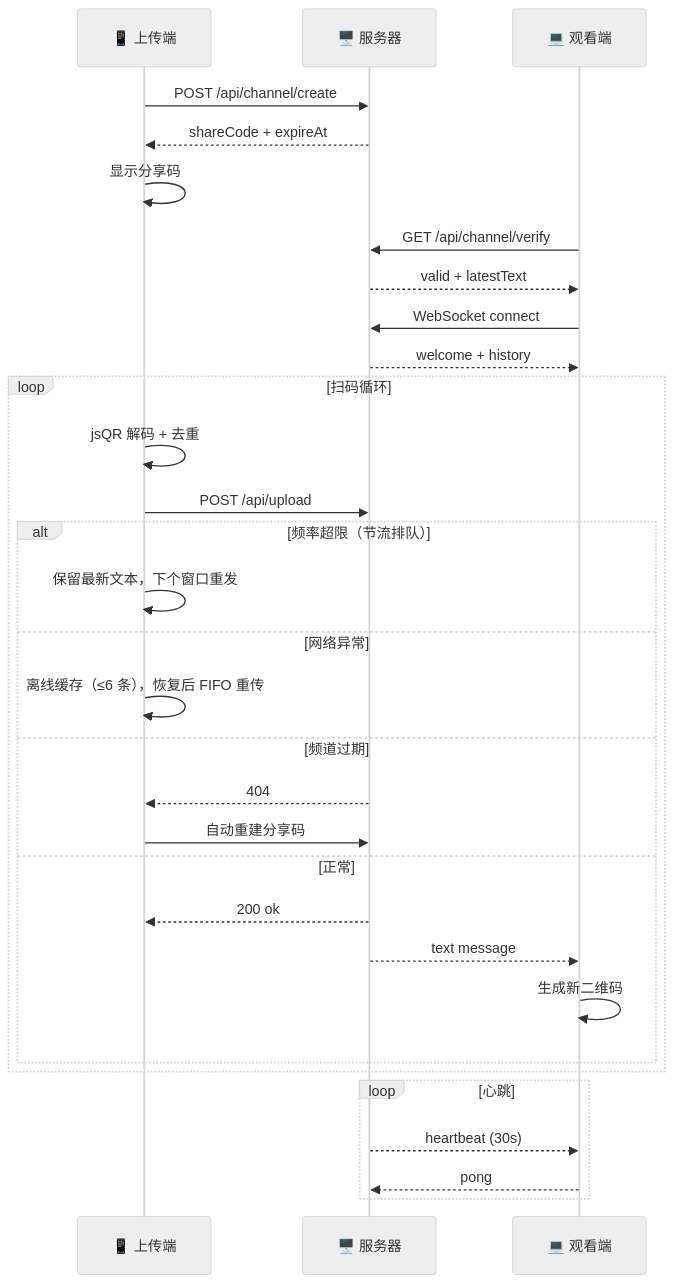
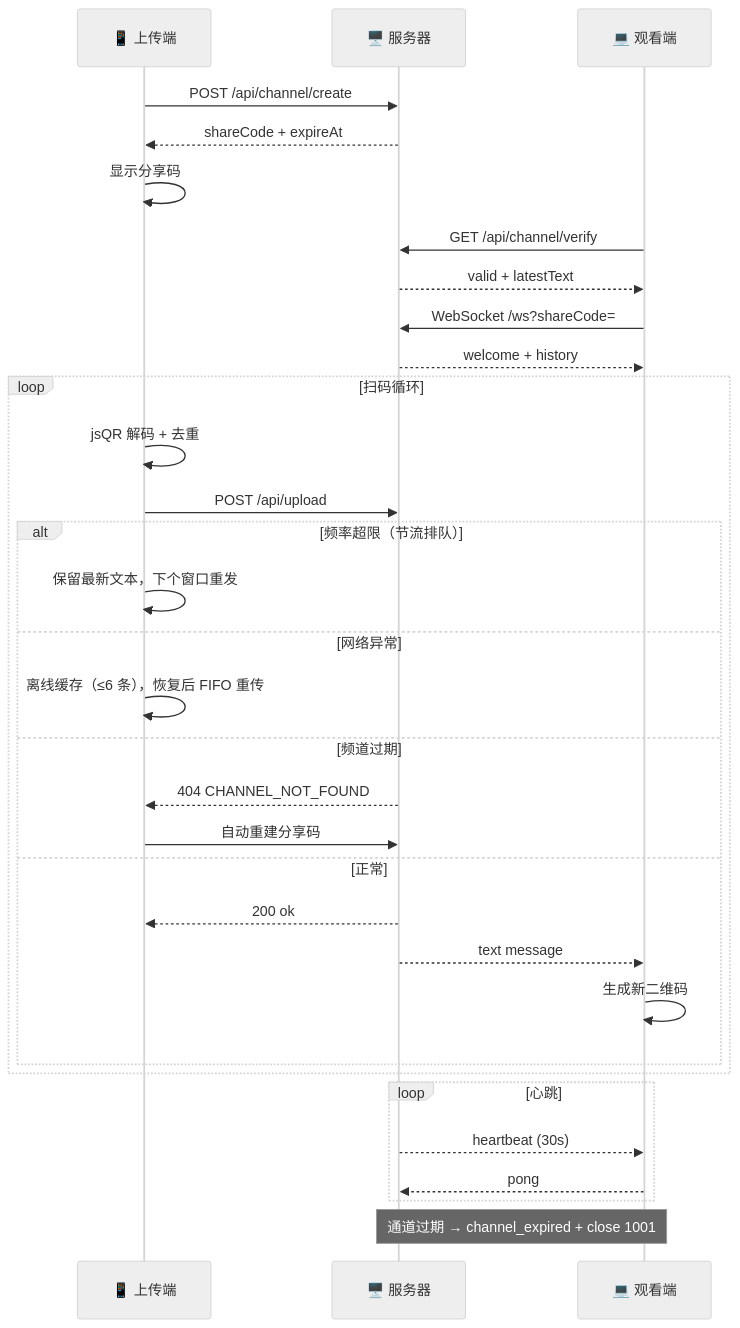
The second of 2 diagrams in README.md (Dynesshely/Live-QR), drawn with Mermaid (neutral theme) before and after one commit. The commit also changed other lines of this file and 76 other files, not shown here.

````diff
--- a/README.md
+++ b/README.md
@@ -68,38 +93,40 @@
 ```mermaid
 sequenceDiagram
     participant App as 📱 上传端
     participant Svr as 🖥️ 服务器
     participant Web as 💻 观看端
 
     App->>Svr: POST /api/channel/create
     Svr-->>App: shareCode + expireAt
     App->>App: 显示分享码
 
     Web->>Svr: GET /api/channel/verify
     Svr-->>Web: valid + latestText
 
-    Web->>Svr: WebSocket connect
+    Web->>Svr: WebSocket /ws?shareCode=
     Svr-->>Web: welcome + history
 
     loop 扫码循环
         App->>App: jsQR 解码 + 去重
         App->>Svr: POST /api/upload
         alt 频率超限（节流排队）
             App->>App: 保留最新文本，下个窗口重发
         else 网络异常
             App->>App: 离线缓存（≤6 条），恢复后 FIFO 重传
         else 频道过期
-            Svr-->>App: 404
+            Svr-->>App: 404 CHANNEL_NOT_FOUND
             App->>Svr: 自动重建分享码
         else 正常
             Svr-->>App: 200 ok
             Svr-->>Web: text message
             Web->>Web: 生成新二维码
         end
     end
 
     loop 心跳
         Svr-->>Web: heartbeat (30s)
         Web-->>Svr: pong
     end
+
+    Note over Svr,Web: 通道过期 → channel_expired + close 1001
 ```
````
